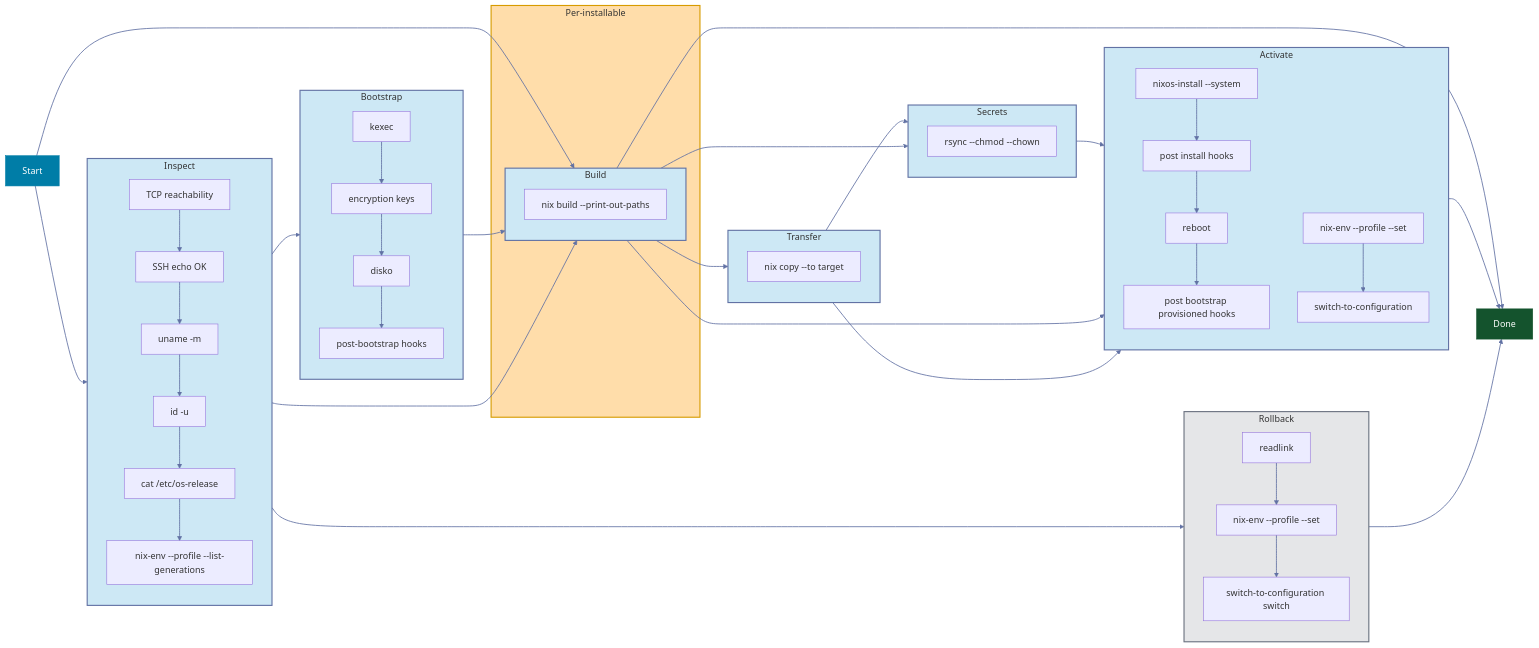
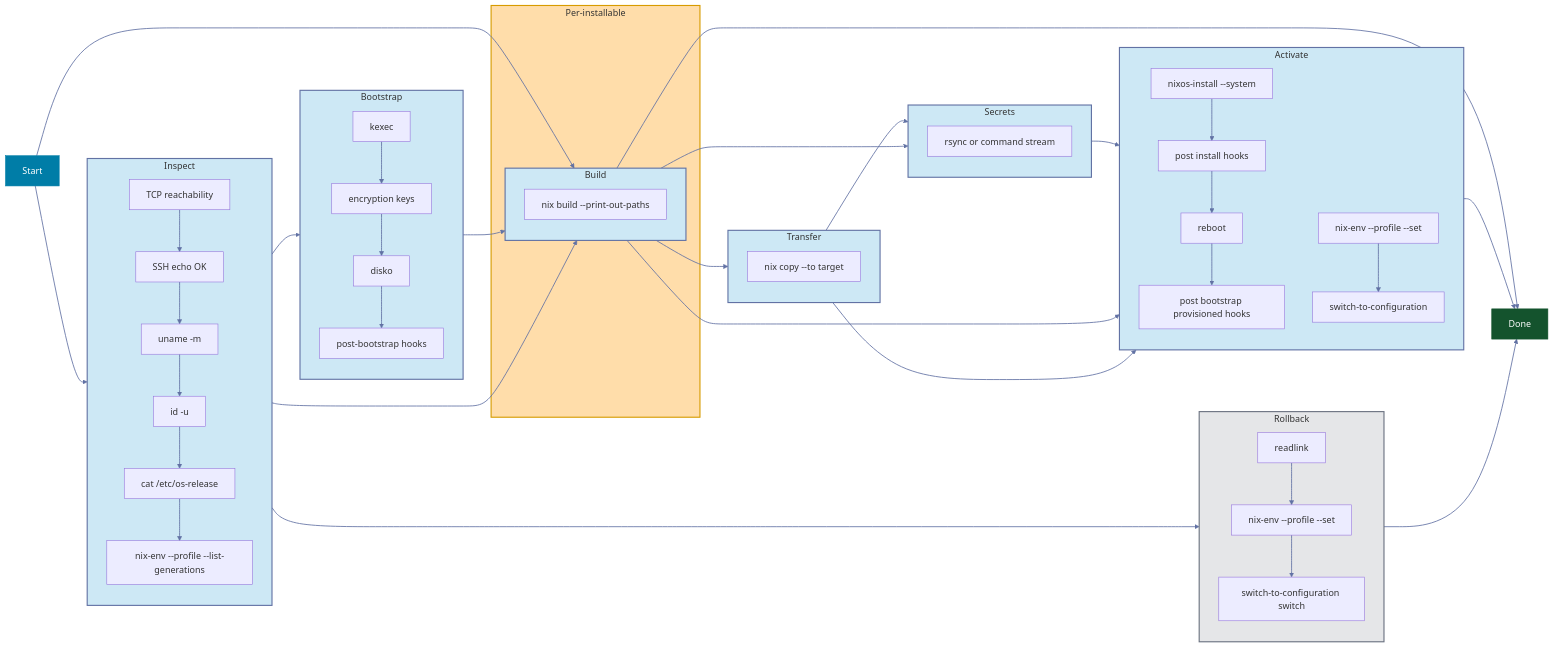
The diagram in docs/src/content/docs/concepts/phases.mdx (mihakrumpestar/panix), drawn with Mermaid before and after one commit. The commit also changed other lines of this file and 46 other files, not shown here.

````diff
--- a/docs/src/content/docs/concepts/phases.mdx
+++ b/docs/src/content/docs/concepts/phases.mdx
@@ -16,82 +16,82 @@
 ```mermaid
 flowchart LR
   subgraph Inspect
     direction TB
 
     A1[TCP reachability] --> B1[SSH echo OK]
     B1 --> C1[uname -m]
     C1 --> D1[id -u]
     D1 --> E1[cat /etc/os-release]
     E1 --> F1[nix-env --profile --list-generations]
   end
 
   subgraph Bootstrap
     direction TB
 
     A2[kexec] --> B2[encryption keys]
     B2 --> C2[disko]
     C2 --> D2[post-bootstrap hooks]
   end
 
   subgraph Per-installable
     subgraph Build
       A3[nix build --print-out-paths]
     end
   end
 
   subgraph Transfer
     A4[nix copy --to target]
   end
 
   subgraph Secrets
-    A5[rsync --chmod --chown]
+    A5[rsync or command stream]
   end
 
   subgraph Activate
     direction TB
 
     A6[nixos-install --system] --> B6[post install hooks]
     B6 --> C6[reboot]
     C6 --> D6[post bootstrap provisioned hooks]
 
     E6[nix-env --profile --set] --> F6[switch-to-configuration]
   end
 
   subgraph Rollback
     A7[readlink] --> B7[nix-env --profile --set]
     B7 --> C7[switch-to-configuration switch]
   end
 
   Start --> Inspect
   Start --> Build
 
   Inspect --> Bootstrap
   Bootstrap --> Build
   Build --> Done
   Build --> Transfer
   Transfer --> Secrets
   Secrets --> Activate
   Activate --> Done
 
   Inspect --> Build
   Build --> Secrets
   Build --> Activate
   Transfer --> Activate
 
   Inspect --> Rollback
   Rollback --> Done
 
   style Inspect fill:#cde8f5,stroke:#6272A4,stroke-width:2px,color:#333,fontWeight:bold
   style Bootstrap fill:#cde8f5,stroke:#6272A4,stroke-width:2px,color:#333,fontWeight:bold
   style Per-installable fill:#ffddaa,stroke:#d79b00,stroke-width:2px,color:#333,fontStyle:italic
   style Build fill:#cde8f5,stroke:#6272A4,stroke-width:2px,color:#333,fontWeight:bold
   style Transfer fill:#cde8f5,stroke:#6272A4,stroke-width:2px,color:#333,fontWeight:bold
   style Secrets fill:#cde8f5,stroke:#6272A4,stroke-width:2px,color:#333,fontWeight:bold
   style Activate fill:#cde8f5,stroke:#6272A4,stroke-width:2px,color:#333,fontWeight:bold
   style Rollback fill:#e5e6e8,stroke:#6B7280,stroke-width:2px,color:#333,fontWeight:bold
 
   style Start fill:#007da7,stroke:#007da7,color:#fff,fontWeight:bold
   style Done fill:#14532D,stroke:#14532D,color:#fff,fontWeight:bold
 
   linkStyle default stroke:#6272A4,stroke-width:1.5px
 ```
````
